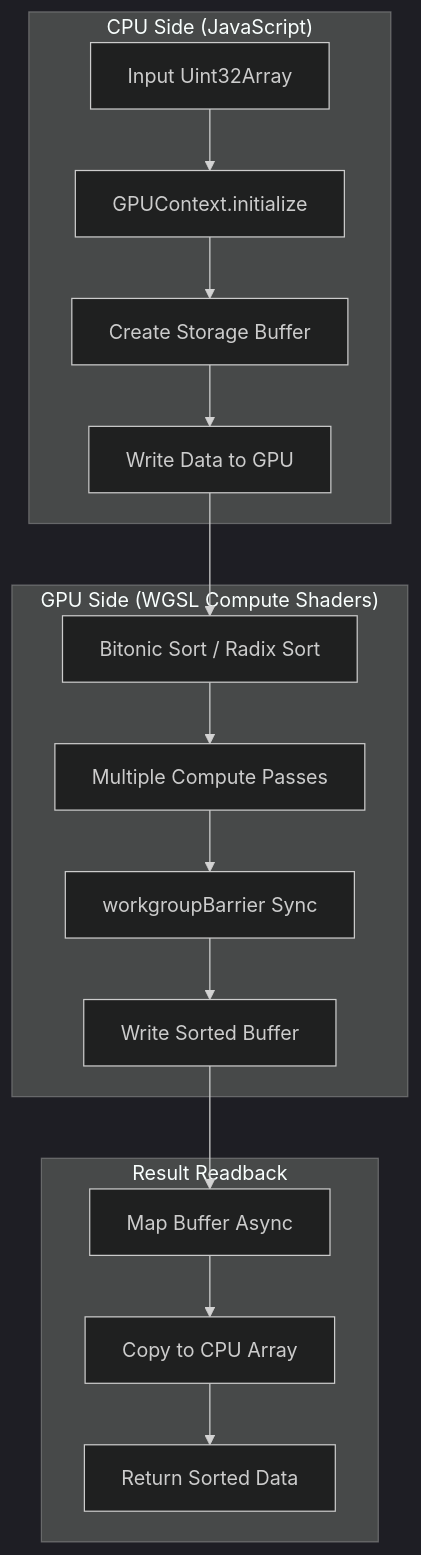
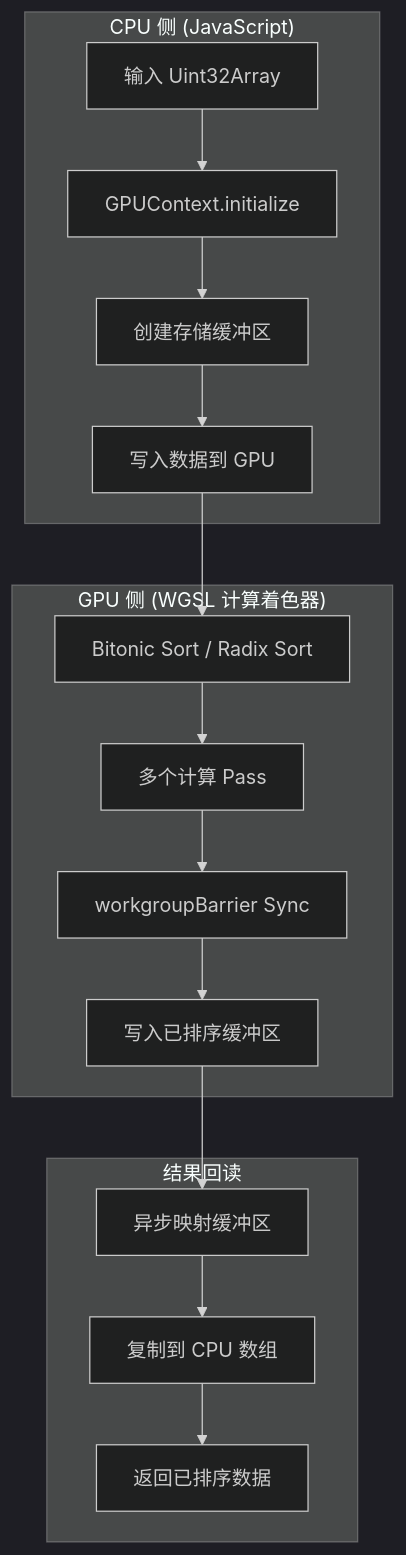
Before and after one commit to build-workbench/webgpu-sorting: the first of 2 diagrams in docs/architecture.md, drawn with Mermaid (dark theme). The commit also changed other lines of this file and 18 other files, not shown here.

````diff
--- a/docs/architecture.md
+++ b/docs/architecture.md
@@ -9,21 +9,21 @@
 ```mermaid
 graph TB
-    subgraph CPU["CPU Side (JavaScript)"]
-        A[Input Uint32Array] --> B[GPUContext.initialize]
-        B --> C[Create Storage Buffer]
-        C --> D[Write Data to GPU]
+    subgraph CPU["CPU 侧 (JavaScript)"]
+        A[输入 Uint32Array] --> B[GPUContext.initialize]
+        B --> C[创建存储缓冲区]
+        C --> D[写入数据到 GPU]
     end
 
-    subgraph GPU["GPU Side (WGSL Compute Shaders)"]
+    subgraph GPU["GPU 侧 (WGSL 计算着色器)"]
         D --> E[Bitonic Sort / Radix Sort]
-        E --> F[Multiple Compute Passes]
+        E --> F[多个计算 Pass]
         F --> G[workgroupBarrier Sync]
-        G --> H[Write Sorted Buffer]
+        G --> H[写入已排序缓冲区]
     end
 
-    subgraph Readback["Result Readback"]
-        H --> I[Map Buffer Async]
-        I --> J[Copy to CPU Array]
-        J --> K[Return Sorted Data]
+    subgraph Readback["结果回读"]
+        H --> I[异步映射缓冲区]
+        I --> J[复制到 CPU 数组]
+        J --> K[返回已排序数据]
     end
 ```
````
